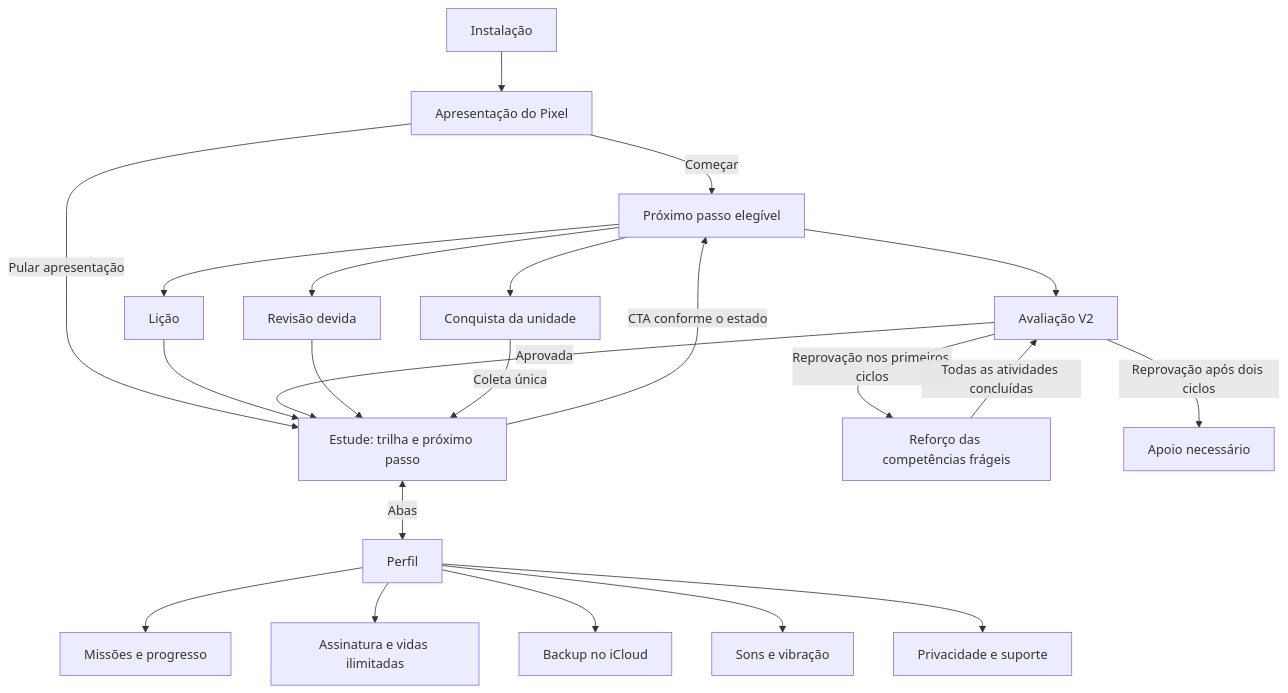
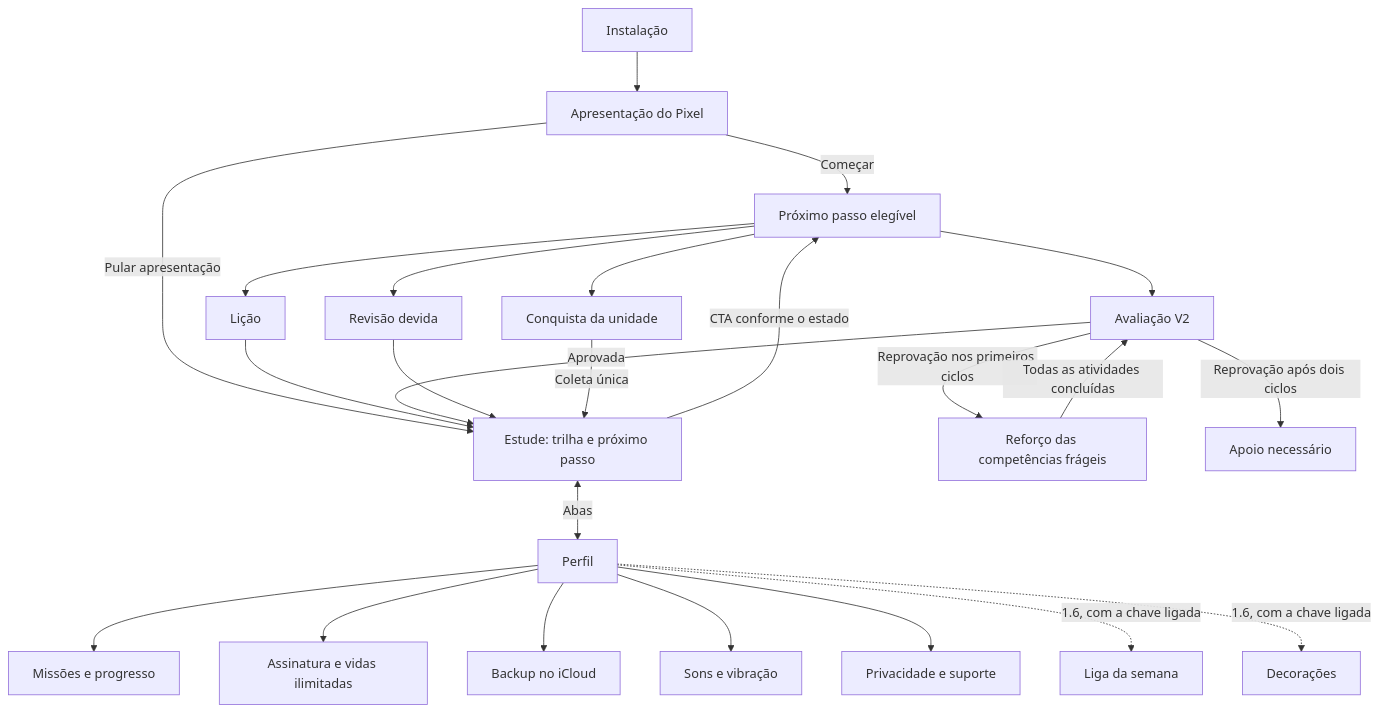
Before and after one commit to andersonsmelo/Radiant: the first of 2 diagrams in docs/CLIENT_FLOW.md, drawn with Mermaid. The commit also changed other lines of this file and 16 other files, not shown here.

````diff
--- a/docs/CLIENT_FLOW.md
+++ b/docs/CLIENT_FLOW.md
@@ -37,24 +37,26 @@
 ```mermaid
 flowchart TD
     A[Instalação] --> B[Apresentação do Pixel]
     B -->|Começar| E[Próximo passo elegível]
     B -->|Pular apresentação| D[Estude: trilha e próximo passo]
     D -->|CTA conforme o estado| E
     D <-->|Abas| P[Perfil]
     P --> M[Missões e progresso]
     P --> S[Assinatura e vidas ilimitadas]
     P --> C[Backup no iCloud]
     P --> F[Sons e vibração]
     P --> H[Privacidade e suporte]
+    P -.->|1.6, com a chave ligada| LG[Liga da semana]
+    P -.->|1.6, com a chave ligada| DC[Decorações]
     E --> L[Lição]
     E --> CK[Avaliação V2]
     E --> RV[Revisão devida]
     E --> RW[Conquista da unidade]
     CK -->|Reprovação nos primeiros ciclos| RF[Reforço das competências frágeis]
     RF -->|Todas as atividades concluídas| CK
     CK -->|Reprovação após dois ciclos| AP[Apoio necessário]
     L --> D
     CK -->|Aprovada| D
     RV --> D
     RW -->|Coleta única| D
 ```
````
